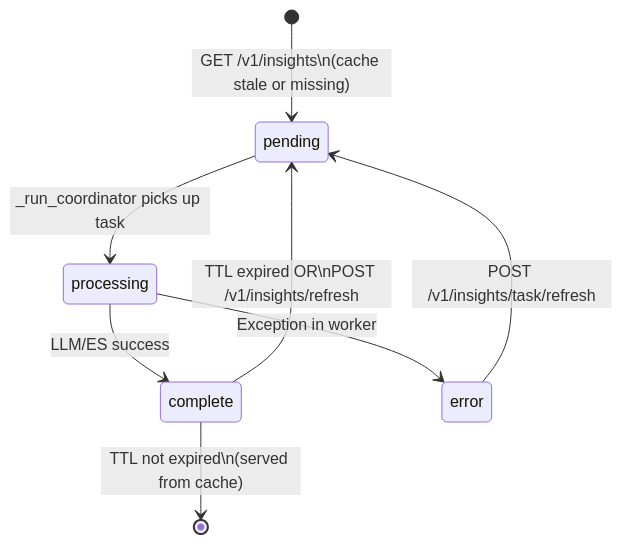
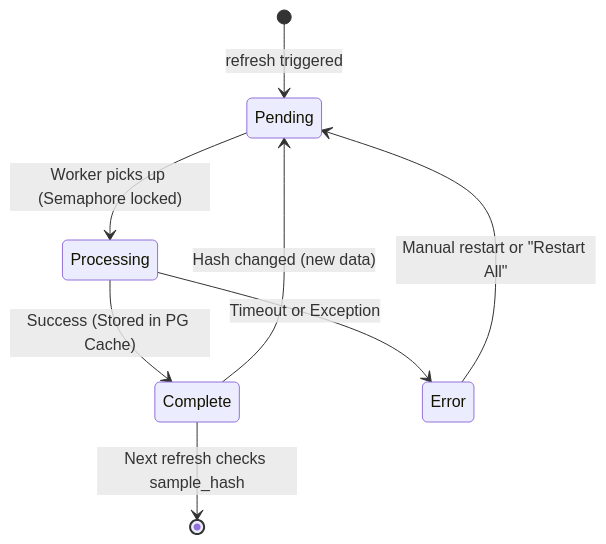
Before and after one commit to bogdancstrike/rag-poc: the second of 2 diagrams in README.md, drawn with Mermaid. The commit also changed other lines of this file, not shown here.

First line of the commit message:
Revise README to reflect updated architecture, task orchestration, and technical improvements:

````diff
--- a/README.md
+++ b/README.md
@@ -849,10 +160,10 @@
 ```mermaid
 stateDiagram-v2
-    [*] --> pending : GET /v1/insights\n(cache stale or missing)
-    pending --> processing : _run_coordinator picks up task
-    processing --> complete : LLM/ES success
-    processing --> error : Exception in worker
-    complete --> [*] : TTL not expired\n(served from cache)
-    complete --> pending : TTL expired OR\nPOST /v1/insights/refresh
-    error --> pending : POST /v1/insights/task/refresh
+    [*] --> Pending : refresh triggered
+    Pending --> Processing : Worker picks up (Semaphore locked)
+    Processing --> Complete : Success (Stored in PG Cache)
+    Processing --> Error : Timeout or Exception
+    Complete --> [*] : Next refresh checks sample_hash
+    Complete --> Pending : Hash changed (new data)
+    Error --> Pending : Manual restart or "Restart All"
 ```
````
